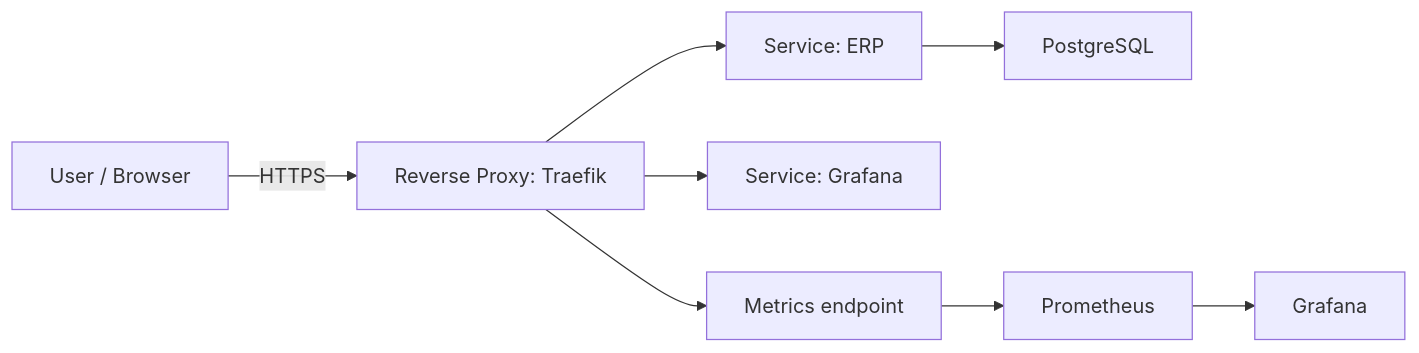
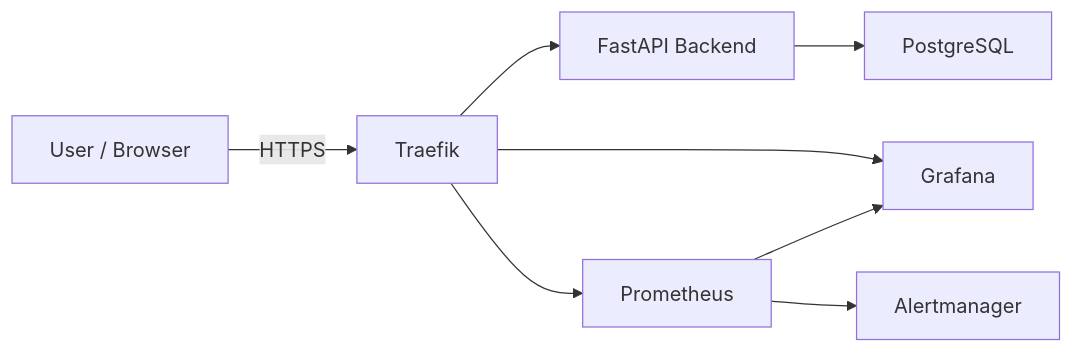
The diagram in docs/architecture.md (AdrianWojewoda/erp-devops-portfolio), drawn with Mermaid before and after one commit. The commit also changed other lines of this file and 4 other files, not shown here.

Commit message:
docs: align architecture documentation with v0.6 alerting milestone

````diff
--- a/docs/architecture.md
+++ b/docs/architecture.md
@@ -15,10 +15,10 @@
 ```mermaid
 flowchart LR
-  U[User / Browser] -->|HTTPS| RP[Reverse Proxy: Traefik]
-  RP --> S1[Service: ERP]
-  RP --> S2[Service: Grafana]
-  S1 --> DB[PostgreSQL]
-  RP --> M[Metrics endpoint]
-  M --> P[Prometheus]
-  P --> G[Grafana]
+  U[User / Browser] -->|HTTPS| T[Traefik]
+  T --> ERP[FastAPI Backend]
+  T --> G[Grafana]
+  ERP --> DB[PostgreSQL]
+  T --> P[Prometheus]
+  P --> A[Alertmanager]
+  P --> G
 ```
````
